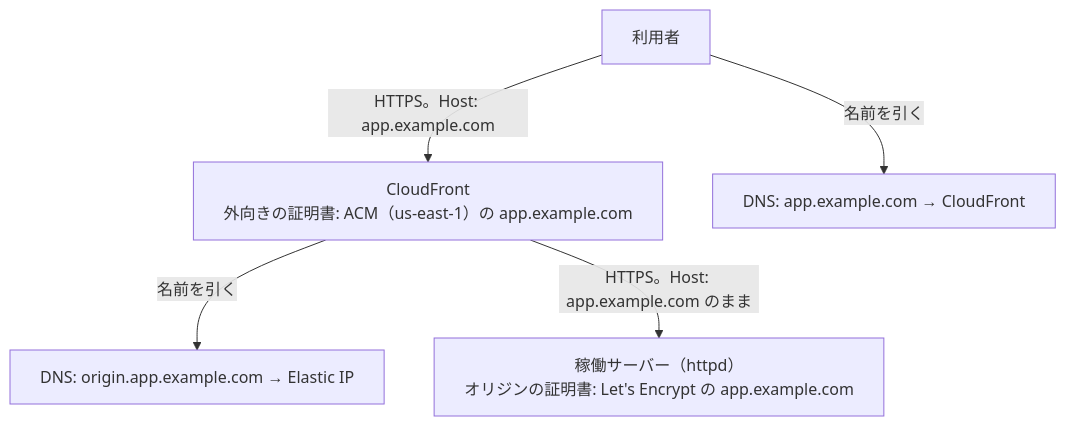
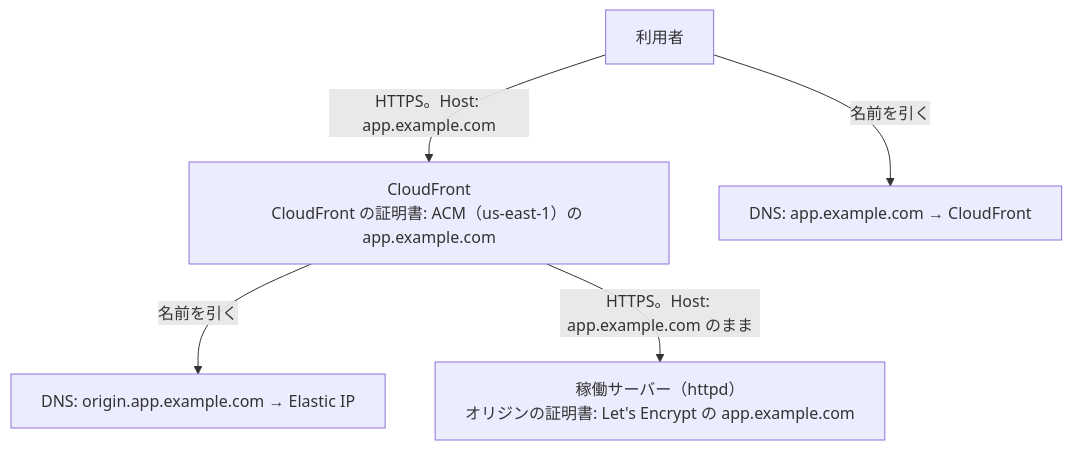
One commit to rxsxkxd/pk changed the diagram in docs/ec2/tls-termination-migration/cloudfront-to-ec2-domains-certificates.md. Above: the diagram before and after it, drawn with Mermaid. The commit also changed other lines of this file and 34 other files, not shown here.

````diff
--- a/docs/ec2/tls-termination-migration/cloudfront-to-ec2-domains-certificates.md
+++ b/docs/ec2/tls-termination-migration/cloudfront-to-ec2-domains-certificates.md
@@ -23,14 +23,14 @@
 ```mermaid
 %%{init: {"themeVariables": {"fontSize": "16px"}, "flowchart": {"wrappingWidth": 420}}}%%
 flowchart TD
   U["利用者"]
-  CF["CloudFront<br/>外向きの証明書: ACM（us-east-1）の app.example.com"]
+  CF["CloudFront<br/>CloudFront の証明書: ACM（us-east-1）の app.example.com"]
   EC2["稼働サーバー（httpd）<br/>オリジンの証明書: Let's Encrypt の app.example.com"]
   D1["DNS: app.example.com → CloudFront"]
   D2["DNS: origin.app.example.com → Elastic IP"]
 
   U -- "名前を引く" --> D1
   U -- "HTTPS。Host: app.example.com" --> CF
   CF -- "名前を引く" --> D2
   CF -- "HTTPS。Host: app.example.com のまま" --> EC2
 ```
````
